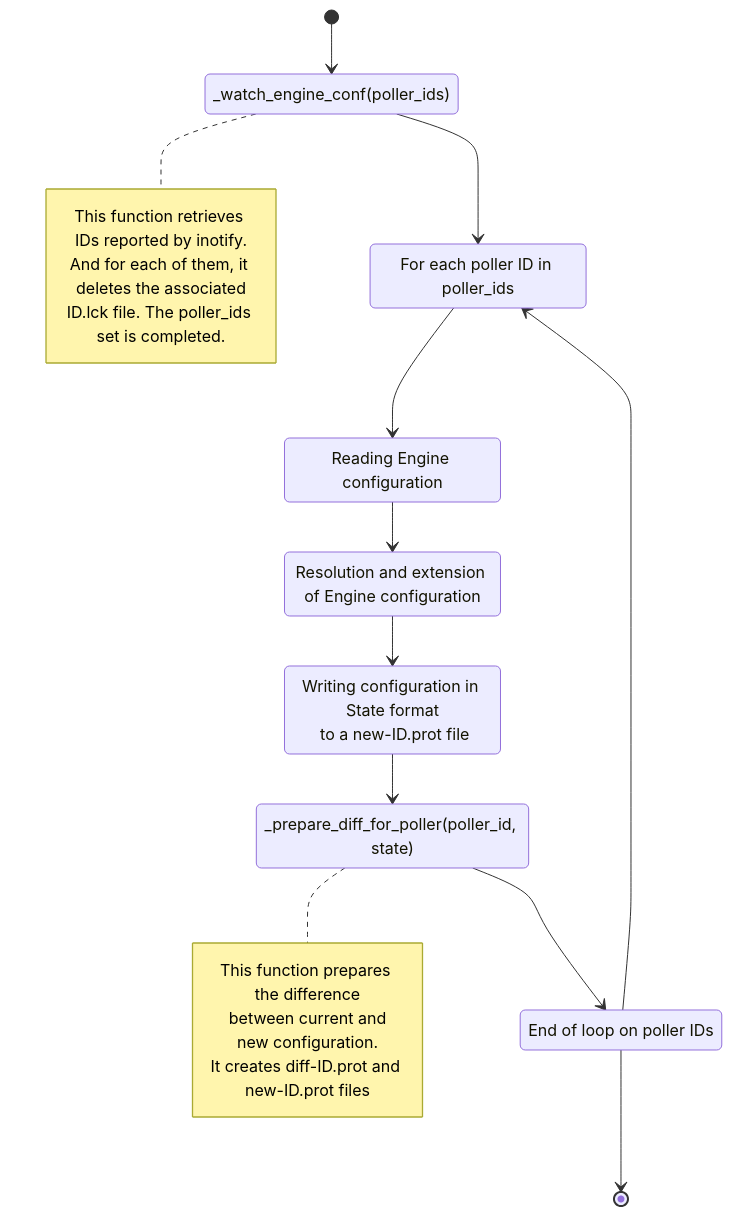
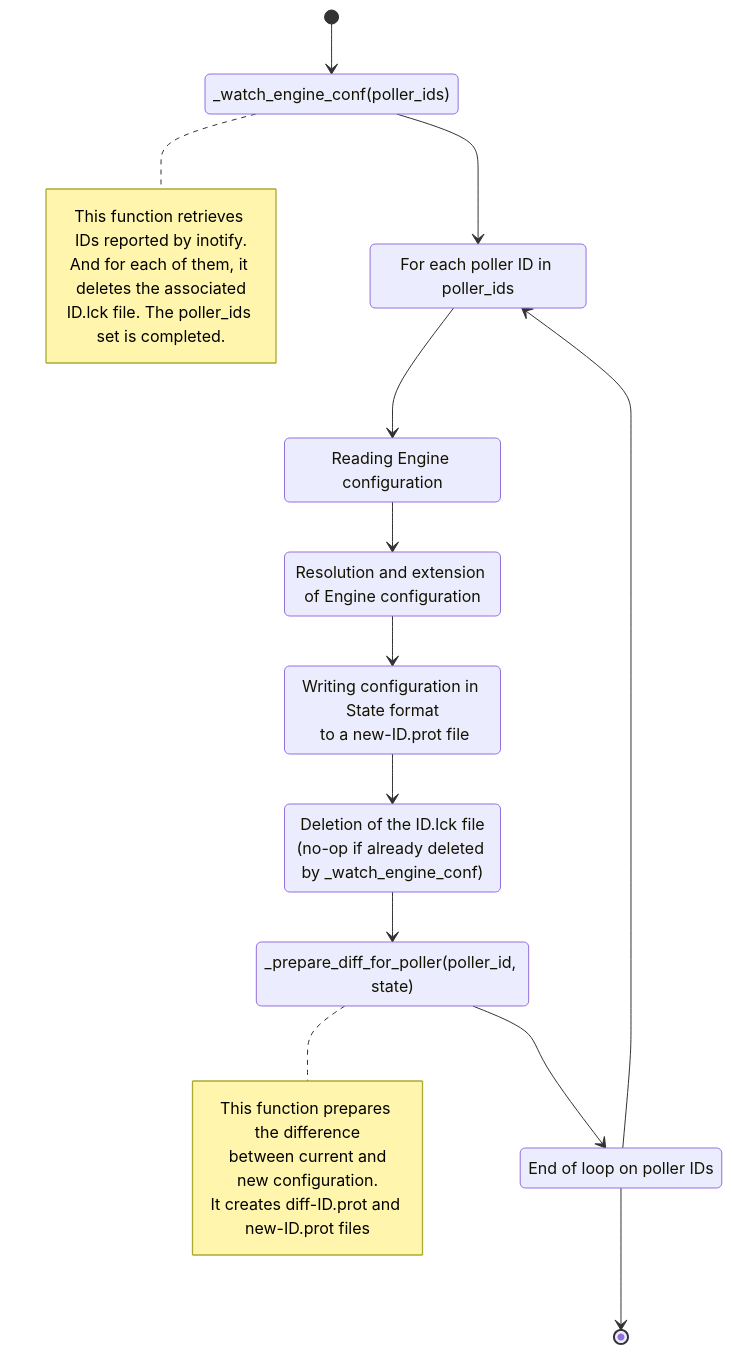
Before and after one commit to centreon/centreon-collect: the tenth of 18 diagrams in broker/doc/nego-engine-broker-en.md, drawn with Mermaid. The commit also changed other lines of this file and 23 other files, not shown here.

Commit message:
enh(broker): When the prot file is lost on broker side, Engine can send it back

````diff
--- a/broker/doc/nego-engine-broker-en.md
+++ b/broker/doc/nego-engine-broker-en.md
@@ -573,20 +607,22 @@
 ```mermaid
 stateDiagram-v2
     [*] --> _watch_engine_conf(poller_ids)
     _watch_engine_conf(poller_ids) --> pour_chaque_poller_id
     note right of _watch_engine_conf(poller_ids): This function retrieves IDs reported by inotify.<br/>And for each of them, it deletes the associated<br/>ID.lck file. The poller_ids set is completed.
     lect_conf_engine: Reading Engine configuration
     pour_chaque_poller_id: For each poller ID in poller_ids
     pour_chaque_poller_id --> lect_conf_engine
     lect_conf_engine --> resolution_de_la_configuration_engine
     resolution_de_la_configuration_engine: Resolution and extension of Engine configuration
     resolution_de_la_configuration_engine --> ecriture_dans_fichier__new_ID_prot
     ecriture_dans_fichier__new_ID_prot: Writing configuration in State format<br/> to a new-ID.prot file
-    ecriture_dans_fichier__new_ID_prot --> preparation_de_la_difference
+    ecriture_dans_fichier__new_ID_prot --> suppression_fichier_lck
+    suppression_fichier_lck: Deletion of the ID.lck file<br/>(no-op if already deleted by _watch_engine_conf)
+    suppression_fichier_lck --> preparation_de_la_difference
     preparation_de_la_difference: _prepare_diff_for_poller(poller_id, state)
     preparation_de_la_difference --> fin_pour_chaque_poller_id
     note right of preparation_de_la_difference: This function prepares the difference<br/> between current and new configuration.<br/>It creates diff-ID.prot and new-ID.prot files
     fin_pour_chaque_poller_id: End of loop on poller IDs
     fin_pour_chaque_poller_id --> pour_chaque_poller_id
     fin_pour_chaque_poller_id --> [*]
 ```
````
